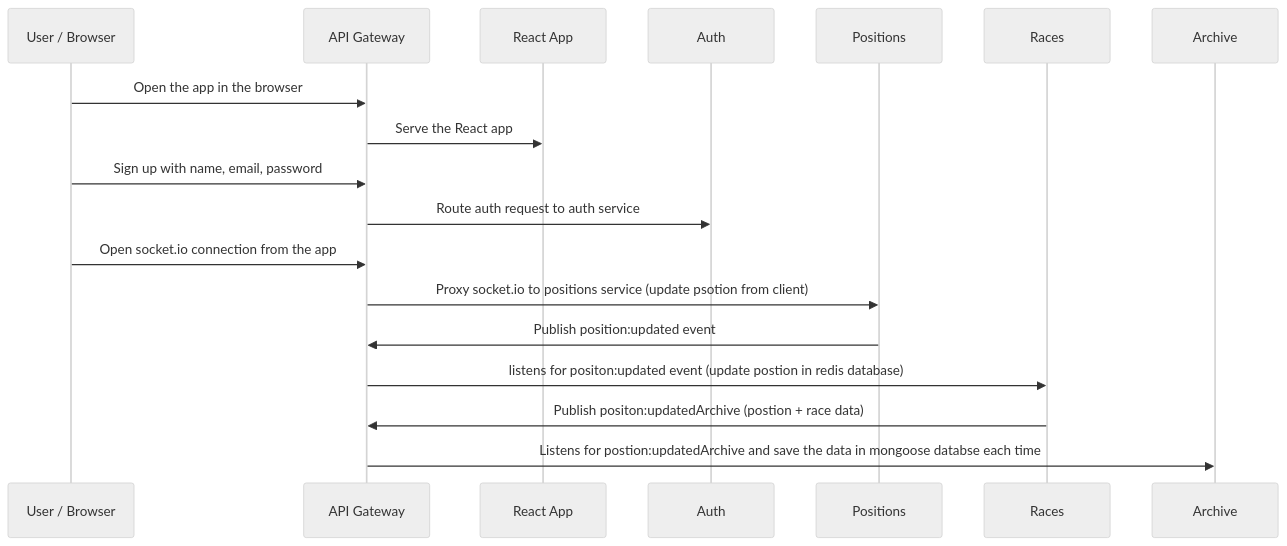
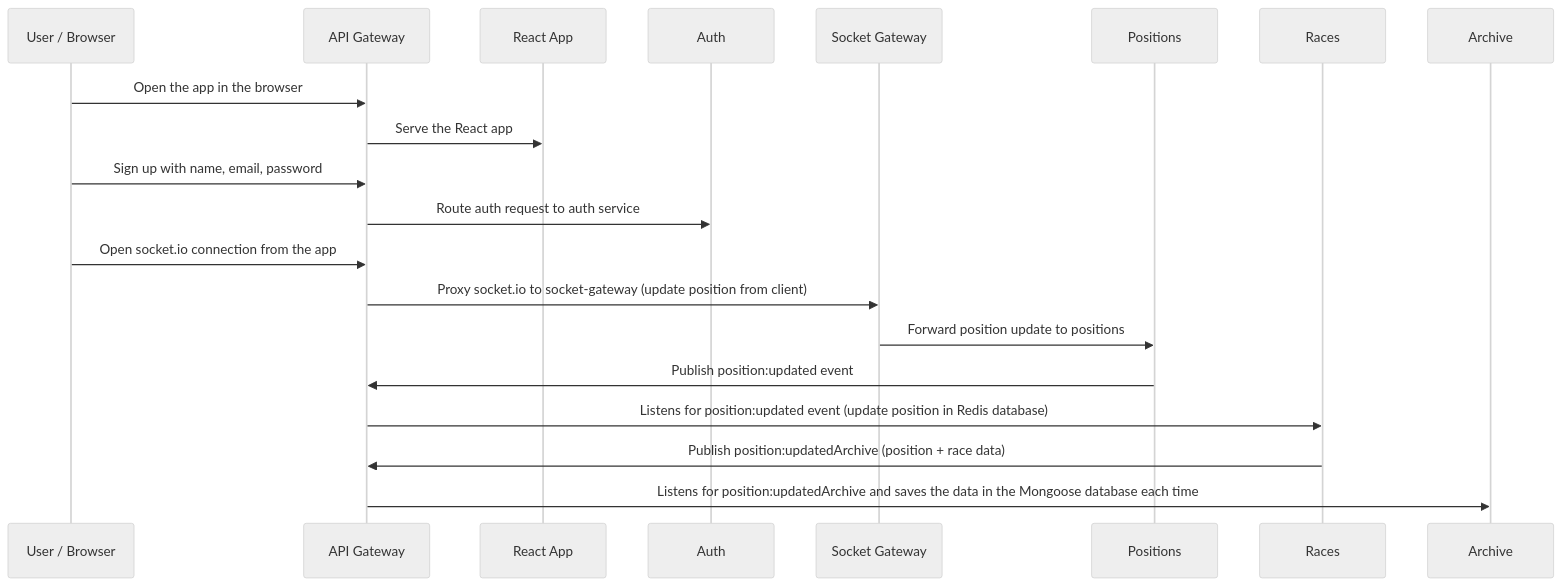
Before and after one commit to yojimbo-ah/racer-io: the fourth of 5 diagrams in README.md, drawn with Mermaid (neutral theme). The commit also changed other lines of this file, not shown here.

````diff
--- a/README.md
+++ b/README.md
@@ -223,21 +267,23 @@
 ```mermaid
 sequenceDiagram
   participant U as User / Browser
   participant G as API Gateway
   participant C as React App
   participant A as Auth
+  participant SG as Socket Gateway
   participant P as Positions
   participant R as Races
   participant H as Archive
 
   U->>G: Open the app in the browser
   G->>C: Serve the React app
   U->>G: Sign up with name, email, password
   G->>A: Route auth request to auth service
   U->>G: Open socket.io connection from the app
-  G->>P: Proxy socket.io to positions service (update psotion from client)
+  G->>SG: Proxy socket.io to socket-gateway (update position from client)
+  SG->>P: Forward position update to positions
   P->>G: Publish position:updated event
-  G->>R: listens for positon:updated event (update postion in redis database)
-  R->>G: Publish positon:updatedArchive (postion + race data)
-  G->>H: Listens for postion:updatedArchive and save the data in mongoose databse each time
+  G->>R: Listens for position:updated event (update position in Redis database)
+  R->>G: Publish position:updatedArchive (position + race data)
+  G->>H: Listens for position:updatedArchive and saves the data in the Mongoose database each time
 ```
````
